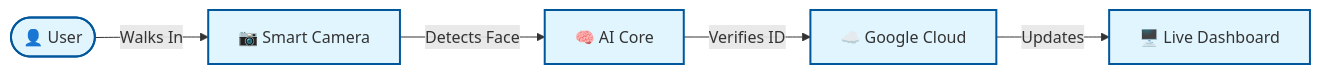
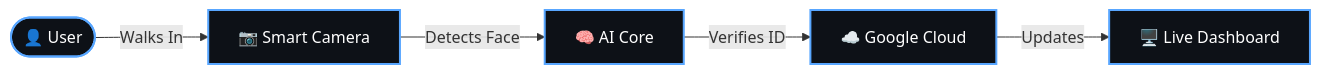
One commit to saisasi2004/FaceAttend changed the diagram in README.md. Above: the diagram before and after it, drawn with Mermaid. The commit also changed other lines of this file, not shown here.

````diff
--- a/README.md
+++ b/README.md
@@ -30,12 +30,10 @@
 ```mermaid
 graph LR
     User([👤 User]) -->|Walks In| Cam[📷 Smart Camera]
     Cam -->|Detects Face| AI[🧠 AI Core]
     AI -->|Verifies ID| Cloud[☁️ Google Cloud]
     Cloud -->|Updates| Dash[🖥️ Live Dashboard]
 
-    classDef default fill:#f9f9f9,stroke:#333,stroke-width:2px;
-    classDef accent fill:#e1f5fe,stroke:#01579b,stroke-width:2px;
-
-    class User,Cam,AI,Cloud,Dash accent;
+    classDef main fill:#0D1117,stroke:#58A6FF,stroke-width:2px,color:#fff;
+    class User,Cam,AI,Cloud,Dash main;
 ```
````
